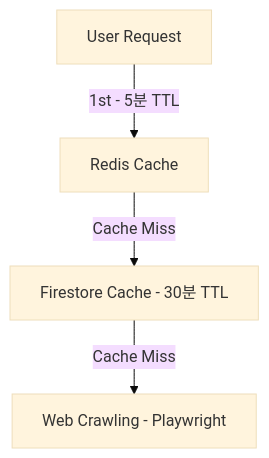
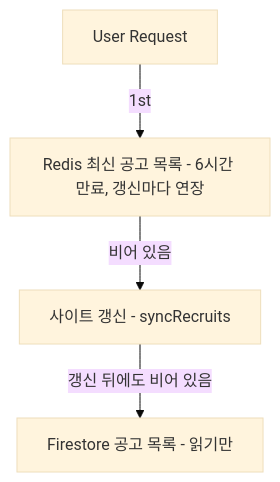
The third of 3 diagrams in .claude/docs/ARCHITECTURE.md (jscht/sria-notify-discord), drawn with Mermaid (base theme) before and after one commit. The commit also changed other lines of this file and 10 other files, not shown here.

````diff
--- a/.claude/docs/ARCHITECTURE.md
+++ b/.claude/docs/ARCHITECTURE.md
@@ -178,6 +182,6 @@
 ```mermaid
 graph TD
-    Req[User Request] -->|1st - 5분 TTL| Redis[Redis Cache]
-    Redis -->|Cache Miss| FS[Firestore Cache - 30분 TTL]
-    FS -->|Cache Miss| Crawl[Web Crawling - Playwright]
+    Req[User Request] -->|1st| Redis[Redis 최신 공고 목록 - 6시간 만료, 갱신마다 연장]
+    Redis -->|비어 있음| Sync[사이트 갱신 - syncRecruits]
+    Sync -->|갱신 뒤에도 비어 있음| FS[Firestore 공고 목록 - 읽기만]
 ```
````
